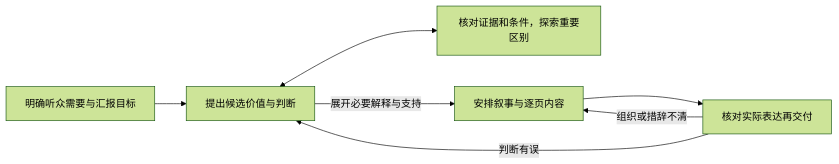
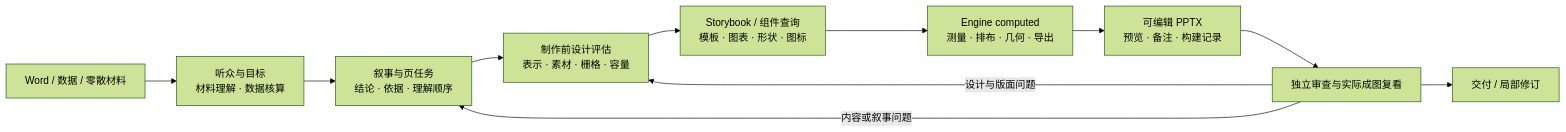
One commit to River-Singer/How-to-Report changed the diagram in README.md. Above: the diagram before and after it, drawn with Mermaid (forest theme). The commit also changed other lines of this file and 130 other files, not shown here.

````diff
--- a/README.md
+++ b/README.md
@@ -75,9 +23,19 @@
 ```mermaid
 flowchart LR
-    A[明确听众需要与汇报目标] --> B[提出候选价值与判断]
-    B <--> E[核对证据和条件，探索重要区别]
-    B -->|展开必要解释与支持| C[安排叙事与逐页内容]
-    C --> D[核对实际表达再交付]
-    D -->|判断有误| B
-    D -->|组织或措辞不清| C
+    A[Word / 数据 / 零散材料] --> B[听众与目标
+材料理解 · 数据核算]
+    B --> C[叙事与页任务
+结论 · 依据 · 理解顺序]
+    C --> D[制作前设计评估
+表示 · 素材 · 栅格 · 容量]
+    D --> E[Storybook / 组件查询
+模板 · 图表 · 形状 · 图标]
+    E --> F[Engine computed
+测量 · 排布 · 几何 · 导出]
+    F --> G[可编辑 PPTX
+预览 · 备注 · 构建记录]
+    G --> H[独立审查与实际成图复看]
+    H -->|内容或叙事问题| C
+    H -->|设计与版面问题| D
+    H --> I[交付 / 局部修订]
 ```
````
